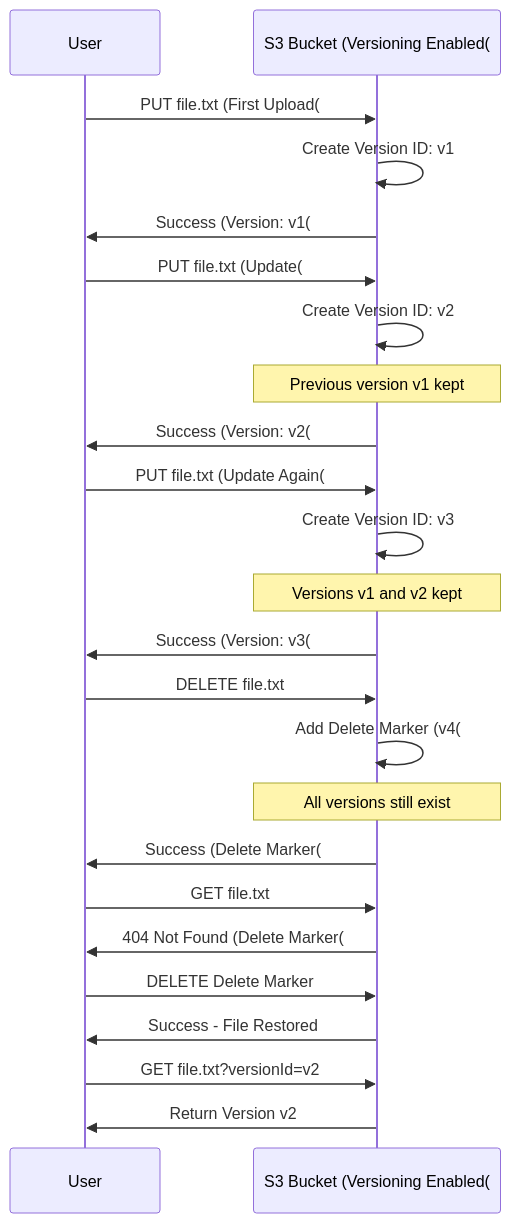
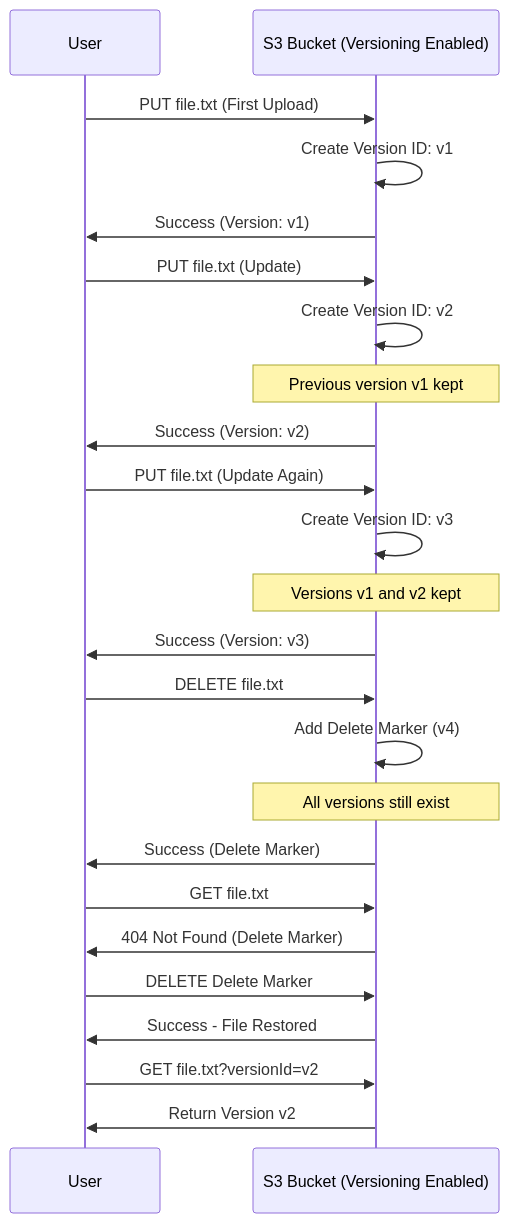
One commit to pilotworks/AWS-Certified-Solutions-Architect-Associate-SAA-C03 changed the fourth of 23 diagrams in docs/04-Storage/DIAGRAMS.md. Above: the diagram before and after it, drawn with Mermaid. The commit also changed other lines of this file and 79 other files, not shown here.

````diff
--- a/docs/04-Storage/DIAGRAMS.md
+++ b/docs/04-Storage/DIAGRAMS.md
@@ -112,34 +112,34 @@
 ```mermaid
 sequenceDiagram
     participant User
-    participant S3 as S3 Bucket (Versioning Enabled(
+    participant S3 as S3 Bucket (Versioning Enabled)
     
-    User->>S3: PUT file.txt (First Upload(
+    User->>S3: PUT file.txt (First Upload)
     S3->>S3: Create Version ID: v1
-    S3->>User: Success (Version: v1(
+    S3->>User: Success (Version: v1)
     
-    User->>S3: PUT file.txt (Update(
+    User->>S3: PUT file.txt (Update)
     S3->>S3: Create Version ID: v2
     Note over S3: Previous version v1 kept
-    S3->>User: Success (Version: v2(
+    S3->>User: Success (Version: v2)
     
-    User->>S3: PUT file.txt (Update Again(
+    User->>S3: PUT file.txt (Update Again)
     S3->>S3: Create Version ID: v3
     Note over S3: Versions v1 and v2 kept
-    S3->>User: Success (Version: v3(
+    S3->>User: Success (Version: v3)
     
     User->>S3: DELETE file.txt
-    S3->>S3: Add Delete Marker (v4(
+    S3->>S3: Add Delete Marker (v4)
     Note over S3: All versions still exist
-    S3->>User: Success (Delete Marker(
+    S3->>User: Success (Delete Marker)
     
     User->>S3: GET file.txt
-    S3->>User: 404 Not Found (Delete Marker(
+    S3->>User: 404 Not Found (Delete Marker)
     
     User->>S3: DELETE Delete Marker
     S3->>User: Success - File Restored
     
     User->>S3: GET file.txt?versionId=v2
     S3->>User: Return Version v2
     
 ```
````
